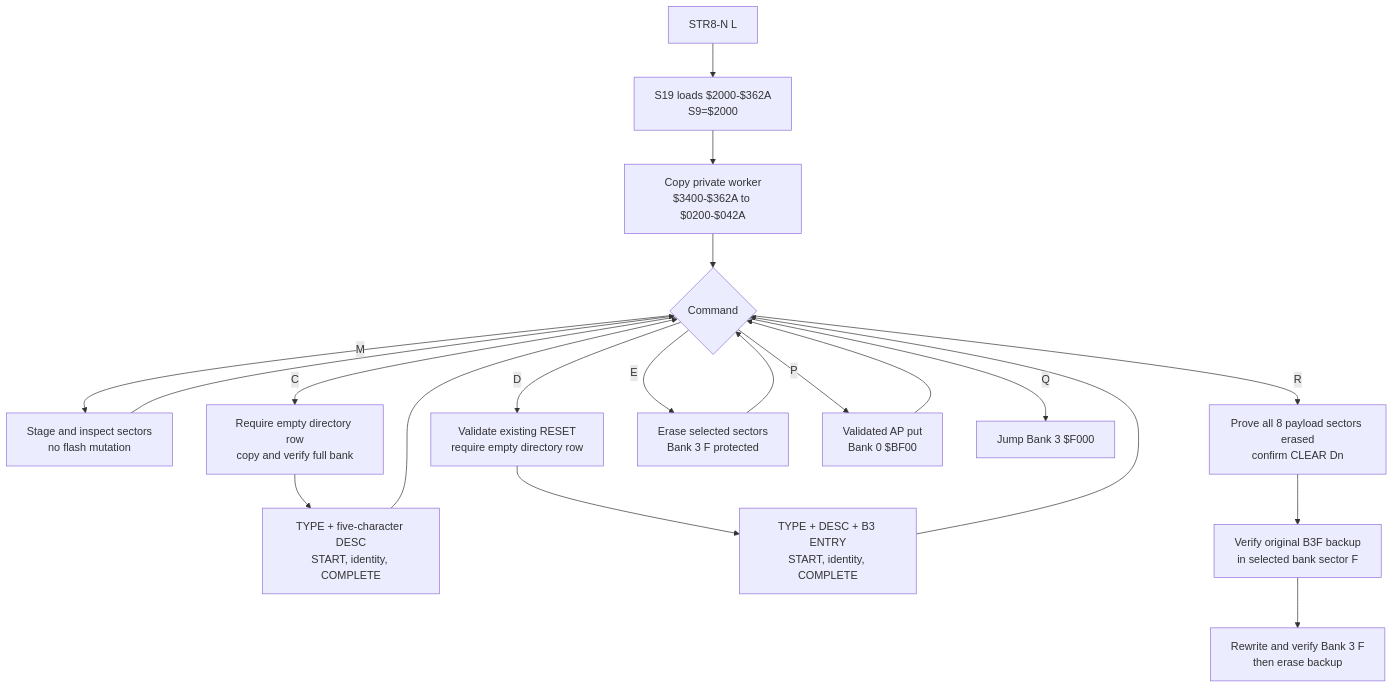
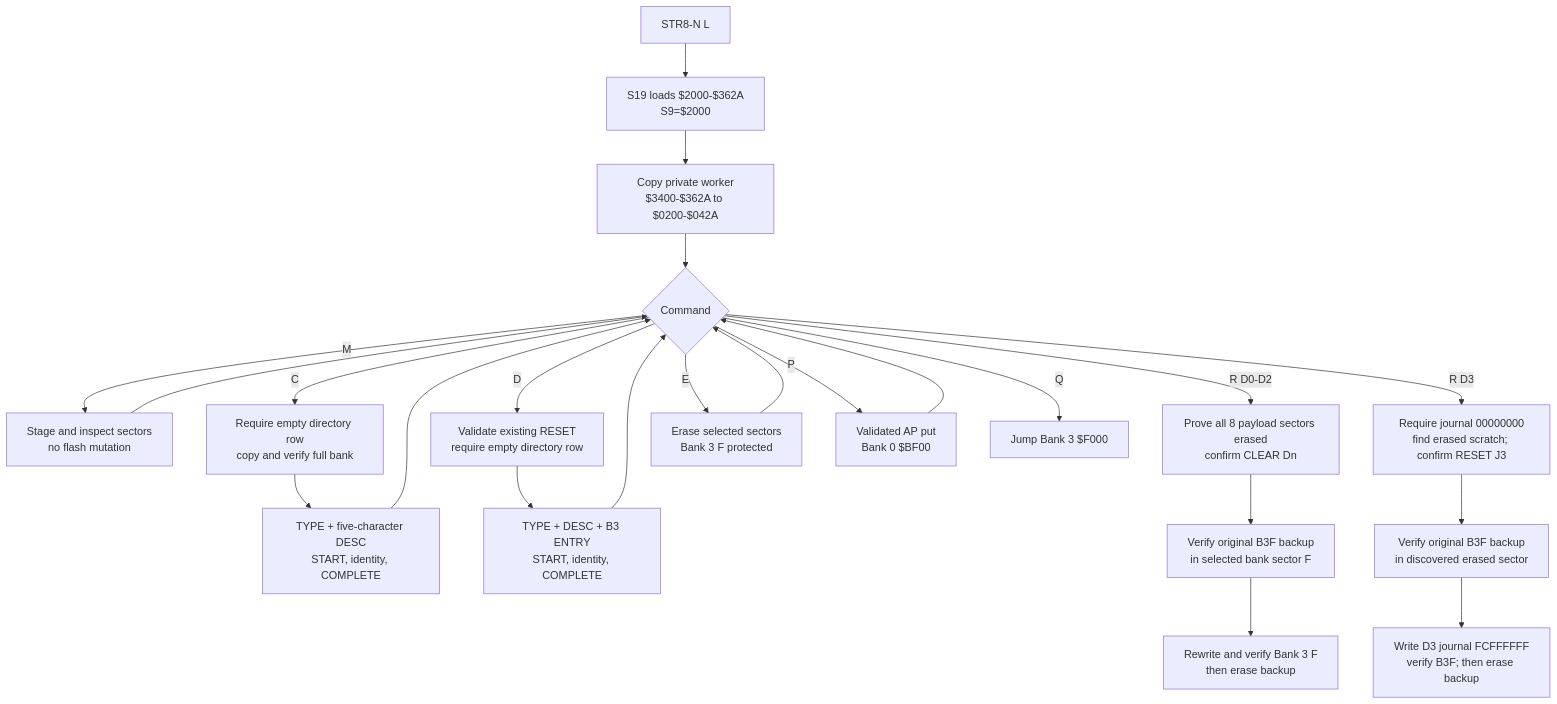
The tenth of 12 diagrams in docs/MAPS.md (95westus/STR8-N), drawn with Mermaid before and after one commit. The commit also changed other lines of this file and 30 other files, not shown here.

````diff
--- a/docs/MAPS.md
+++ b/docs/MAPS.md
@@ -294,22 +294,25 @@
 ```mermaid
 flowchart TD
     L[STR8-N L] --> S[S19 loads $2000-$362A<br/>S9=$2000]
     S --> B[Copy private worker<br/>$3400-$362A to $0200-$042A]
     B --> M{Command}
     M -->|M| MAP[Stage and inspect sectors<br/>no flash mutation]
     M -->|C| COPY[Require empty directory row<br/>copy and verify full bank]
     COPY --> ID[TYPE + five-character DESC<br/>START, identity, COMPLETE]
     M -->|D| ADOPT[Validate existing RESET<br/>require empty directory row]
     ADOPT --> ID2[TYPE + DESC + B3 ENTRY<br/>START, identity, COMPLETE]
-    M -->|R| RECLAIM[Prove all 8 payload sectors erased<br/>confirm CLEAR Dn]
+    M -->|R D0-D2| RECLAIM[Prove all 8 payload sectors erased<br/>confirm CLEAR Dn]
+    M -->|R D3| COMPACT[Require journal 00000000<br/>find erased scratch; confirm RESET J3]
     RECLAIM --> BACKUP[Verify original B3F backup<br/>in selected bank sector F]
+    COMPACT --> BACKUP2[Verify original B3F backup<br/>in discovered erased sector]
     BACKUP --> TOP[Rewrite and verify Bank 3 F<br/>then erase backup]
+    BACKUP2 --> TOP2[Write D3 journal FCFFFFFF<br/>verify B3F; then erase backup]
     M -->|E| ERASE[Erase selected sectors<br/>Bank 3 F protected]
     M -->|P| AP[Validated AP put<br/>Bank 0 $BF00]
     M -->|Q| Q[Jump Bank 3 $F000]
     MAP --> M
     ID --> M
     ID2 --> M
     ERASE --> M
     AP --> M
 ```
````
